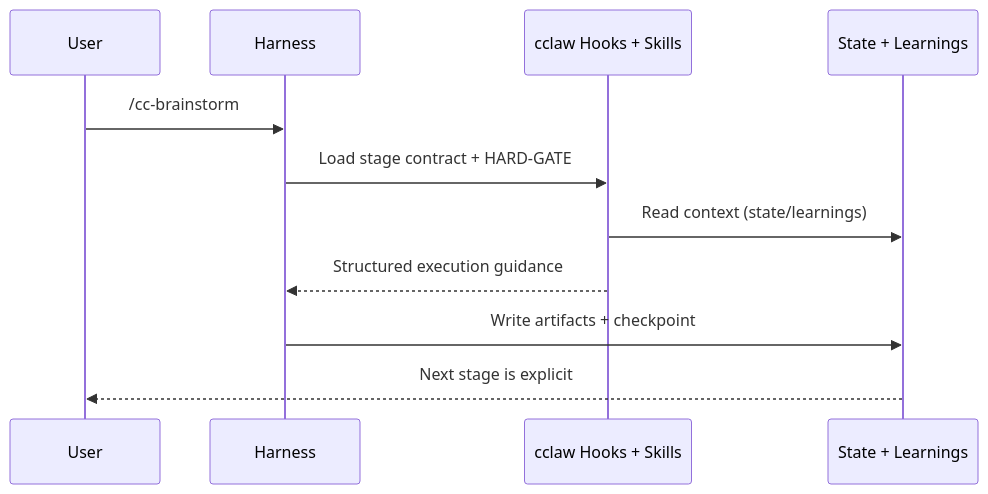
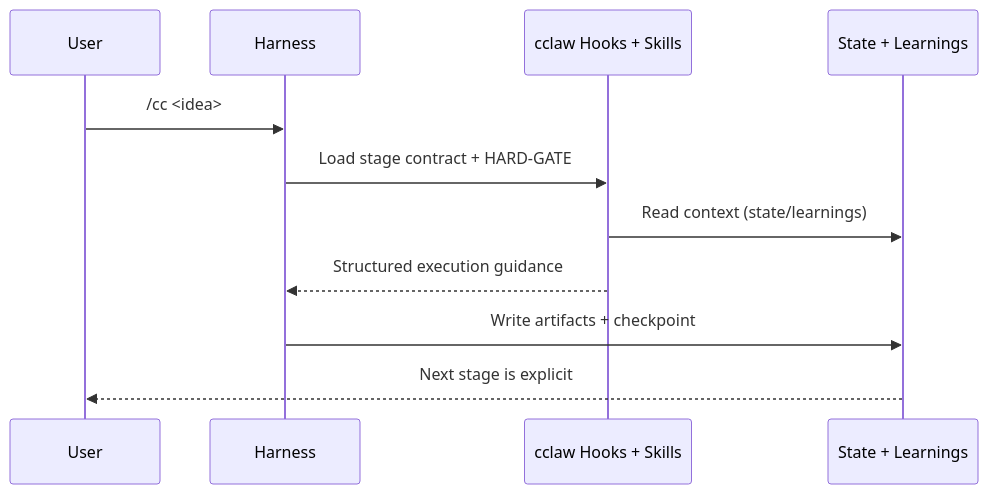
Before and after one commit to zuevrs/cclaw: the second of 2 diagrams in README.md, drawn with Mermaid. The commit also changed other lines of this file and 10 other files, not shown here.

First line of the commit message:
fix: align runtime guidance with unified cc/tdd flow

````diff
--- a/README.md
+++ b/README.md
@@ -26,13 +25,13 @@
 ```mermaid
 sequenceDiagram
     participant U as User
     participant H as Harness
     participant V as cclaw Hooks + Skills
     participant S as State + Learnings
-    U->>H: /cc-brainstorm
+    U->>H: /cc <idea>
     H->>V: Load stage contract + HARD-GATE
     V->>S: Read context (state/learnings)
     V-->>H: Structured execution guidance
     H->>S: Write artifacts + checkpoint
     S-->>U: Next stage is explicit
 ```
````
